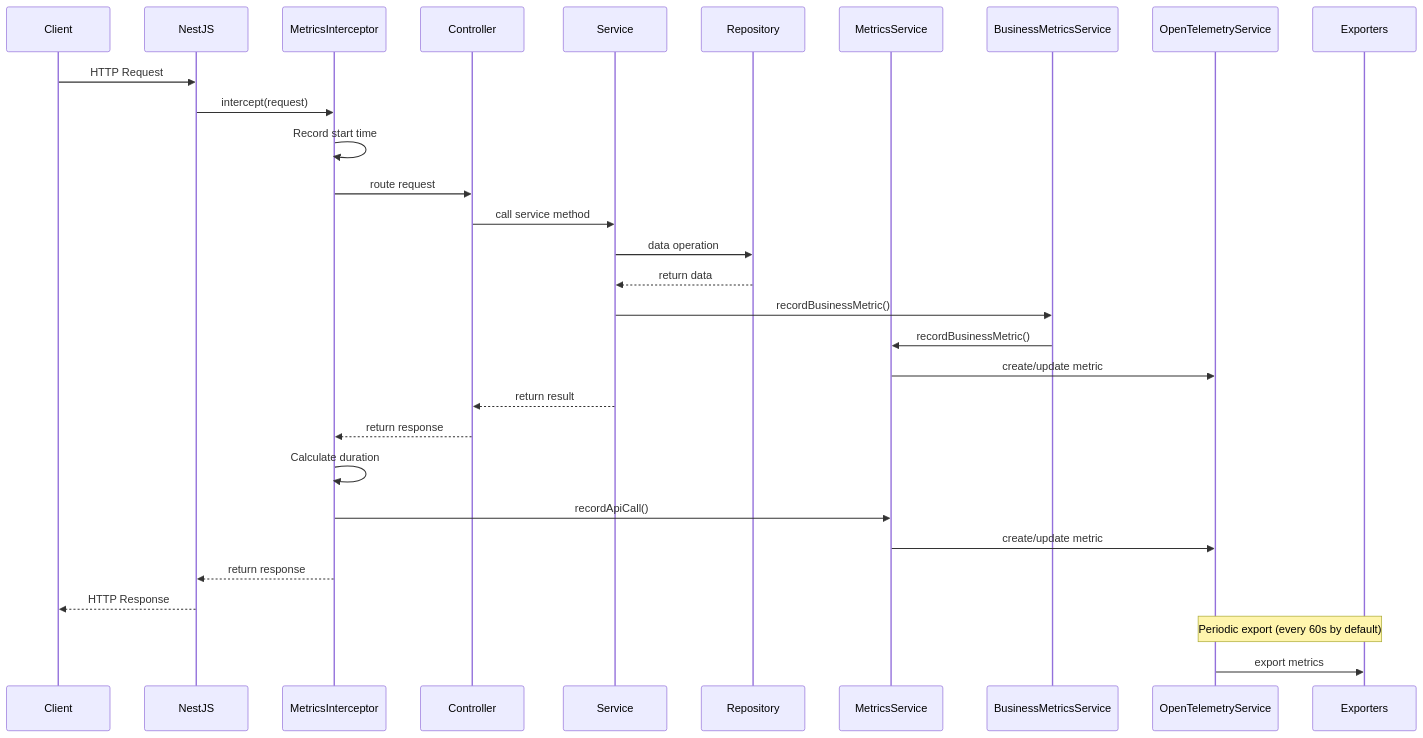
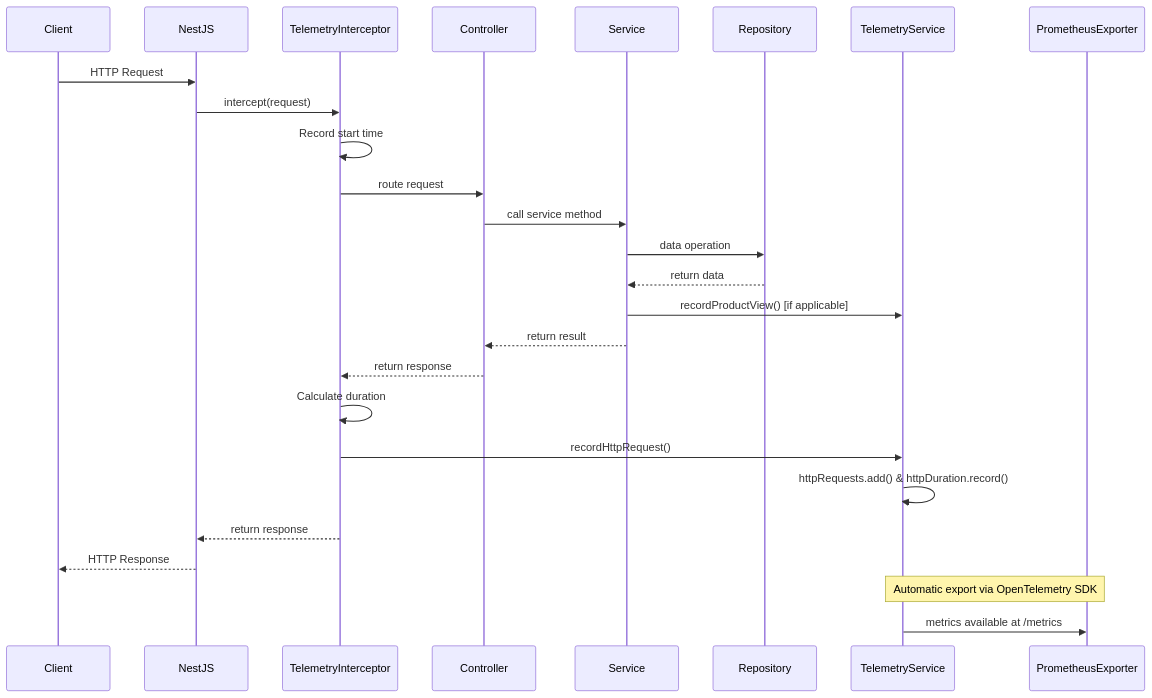
Before and after one commit to rswift/kleva-komputa: the first of 6 diagrams in docs/diagrams/sequence-diagrams.md, drawn with Mermaid. The commit also changed other lines of this file and 37 other files, not shown here.

````diff
--- a/docs/diagrams/sequence-diagrams.md
+++ b/docs/diagrams/sequence-diagrams.md
@@ -15,34 +19,30 @@
 ```mermaid
 sequenceDiagram
     participant Client
     participant NestJS
-    participant MetricsInterceptor
+    participant TelemetryInterceptor
     participant Controller
     participant Service
     participant Repository
-    participant MetricsService
-    participant BusinessMetricsService
-    participant OpenTelemetryService
-    participant Exporters
+    participant TelemetryService
+    participant PrometheusExporter
 
     Client->>NestJS: HTTP Request
-    NestJS->>MetricsInterceptor: intercept(request)
-    MetricsInterceptor->>MetricsInterceptor: Record start time
-    MetricsInterceptor->>Controller: route request
+    NestJS->>TelemetryInterceptor: intercept(request)
+    TelemetryInterceptor->>TelemetryInterceptor: Record start time
+    TelemetryInterceptor->>Controller: route request
     Controller->>Service: call service method
     Service->>Repository: data operation
     Repository-->>Service: return data
-    Service->>BusinessMetricsService: recordBusinessMetric()
-    BusinessMetricsService->>MetricsService: recordBusinessMetric()
-    MetricsService->>OpenTelemetryService: create/update metric
+    Service->>TelemetryService: recordProductView() [if applicable]
     Service-->>Controller: return result
-    Controller-->>MetricsInterceptor: return response
-    MetricsInterceptor->>MetricsInterceptor: Calculate duration
-    MetricsInterceptor->>MetricsService: recordApiCall()
-    MetricsService->>OpenTelemetryService: create/update metric
-    MetricsInterceptor-->>NestJS: return response
+    Controller-->>TelemetryInterceptor: return response
+    TelemetryInterceptor->>TelemetryInterceptor: Calculate duration
+    TelemetryInterceptor->>TelemetryService: recordHttpRequest()
+    TelemetryService->>TelemetryService: httpRequests.add() & httpDuration.record()
+    TelemetryInterceptor-->>NestJS: return response
     NestJS-->>Client: HTTP Response
     
-    Note over OpenTelemetryService,Exporters: Periodic export (every 60s by default)
-    OpenTelemetryService->>Exporters: export metrics
+    Note over TelemetryService,PrometheusExporter: Automatic export via OpenTelemetry SDK
+    TelemetryService->>PrometheusExporter: metrics available at /metrics
 ```
````
